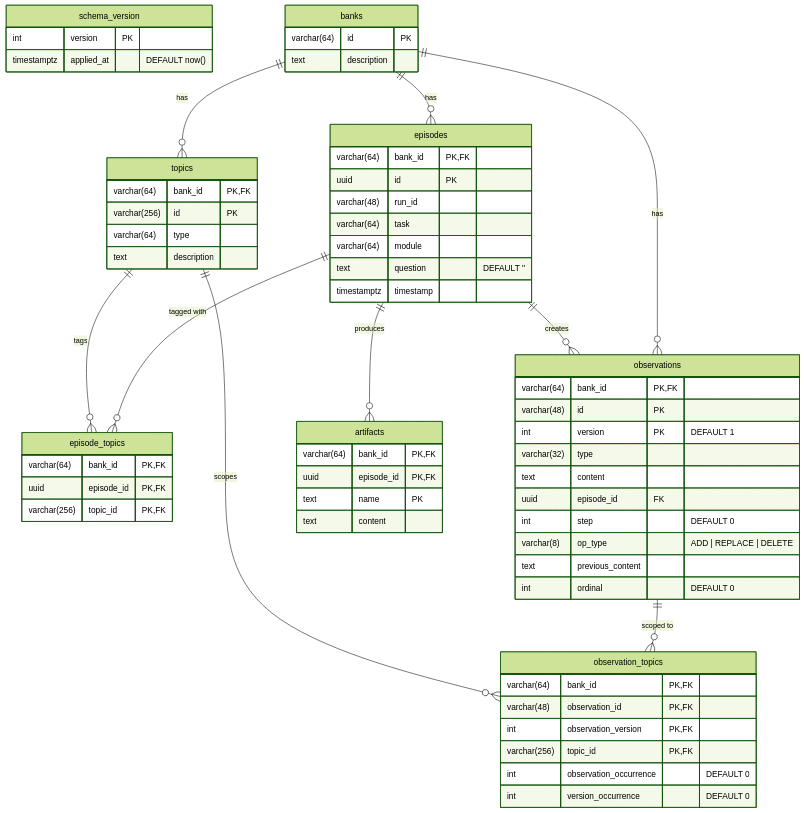
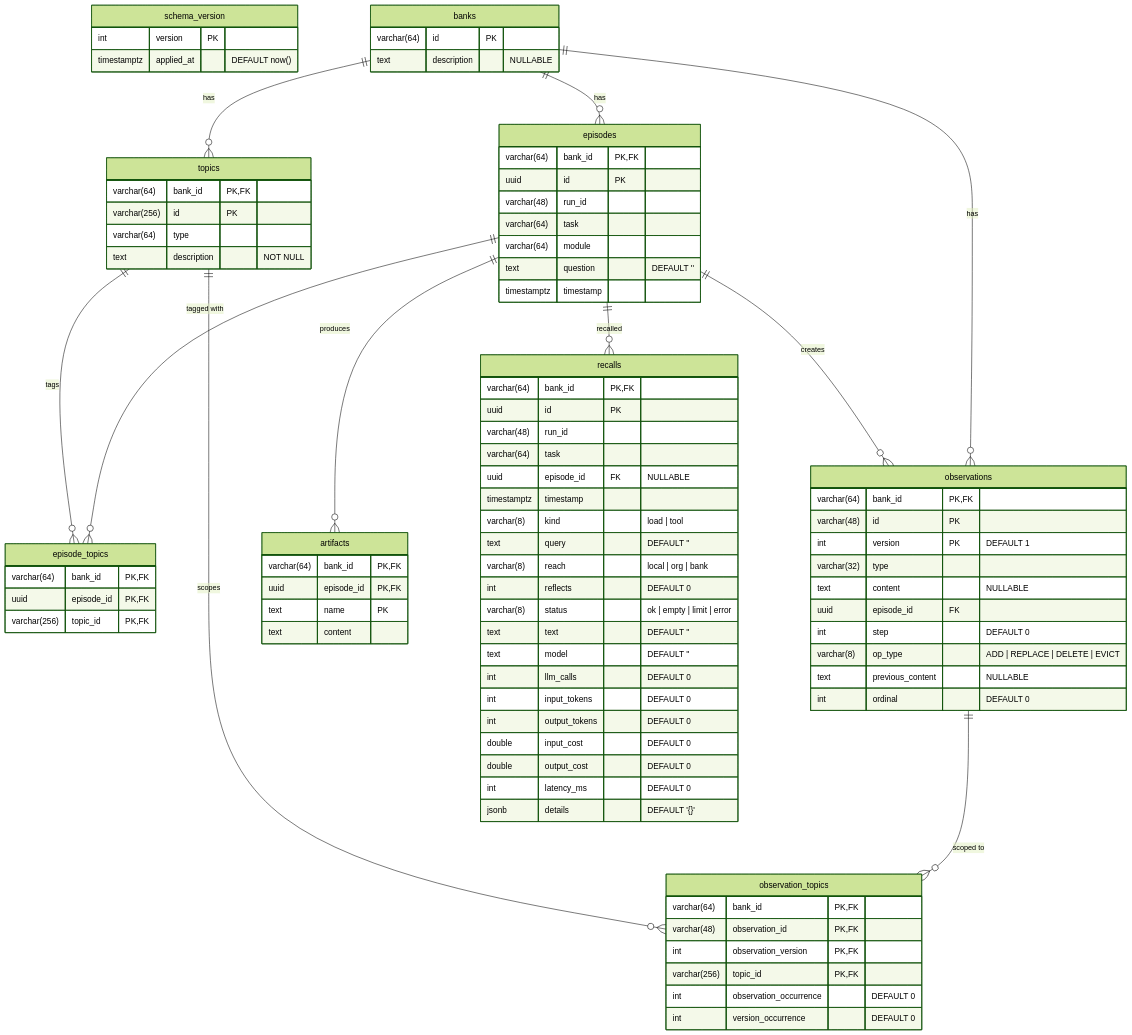
The diagram in docs/memory.md (khezen/codespy), drawn with Mermaid (forest theme) before and after one commit. The commit also changed other lines of this file and 91 other files, not shown here.

````diff
--- a/docs/memory.md
+++ b/docs/memory.md
@@ -81,14 +281,14 @@
 
     banks {
         varchar(64) id PK
-        text description
+        text description "NULLABLE"
     }
 
     topics {
         varchar(64) bank_id PK, FK
         varchar(256) id PK
         varchar(64) type
-        text description
+        text description "NOT NULL"
     }
 
     episodes {
@@ -112,11 +312,11 @@
         varchar(48) id PK
         int version PK "DEFAULT 1"
         varchar(32) type
-        text content
+        text content "NULLABLE"
         uuid episode_id FK
         int step "DEFAULT 0"
-        varchar(8) op_type "ADD | REPLACE | DELETE"
-        text previous_content
+        varchar(8) op_type "ADD | REPLACE | DELETE | EVICT"
+        text previous_content "NULLABLE"
         int ordinal "DEFAULT 0"
     }
 
@@ -136,6 +336,29 @@
         text content
     }
 
+    recalls {
+        varchar(64) bank_id PK, FK
+        uuid id PK
+        varchar(48) run_id
+        varchar(64) task
+        uuid episode_id FK "NULLABLE"
+        timestamptz timestamp
+        varchar(8) kind "load | tool"
+        text query "DEFAULT ''"
+        varchar(8) reach "local | org | bank"
+        int reflects "DEFAULT 0"
+        varchar(8) status "ok | empty | limit | error"
+        text text "DEFAULT ''"
+        text model "DEFAULT ''"
+        int llm_calls "DEFAULT 0"
+        int input_tokens "DEFAULT 0"
+        int output_tokens "DEFAULT 0"
+        double input_cost "DEFAULT 0"
+        double output_cost "DEFAULT 0"
+        int latency_ms "DEFAULT 0"
+        jsonb details "DEFAULT '{}'"
+    }
+
     banks ||--o{ topics : "has"
     banks ||--o{ episodes : "has"
     banks ||--o{ observations : "has"
@@ -143,6 +366,7 @@
     topics ||--o{ episode_topics : "tags"
     episodes ||--o{ observations : "creates"
     episodes ||--o{ artifacts : "produces"
+    episodes ||--o{ recalls : "recalled"
     observations ||--o{ observation_topics : "scoped to"
     topics ||--o{ observation_topics : "scopes"
 ```
````
